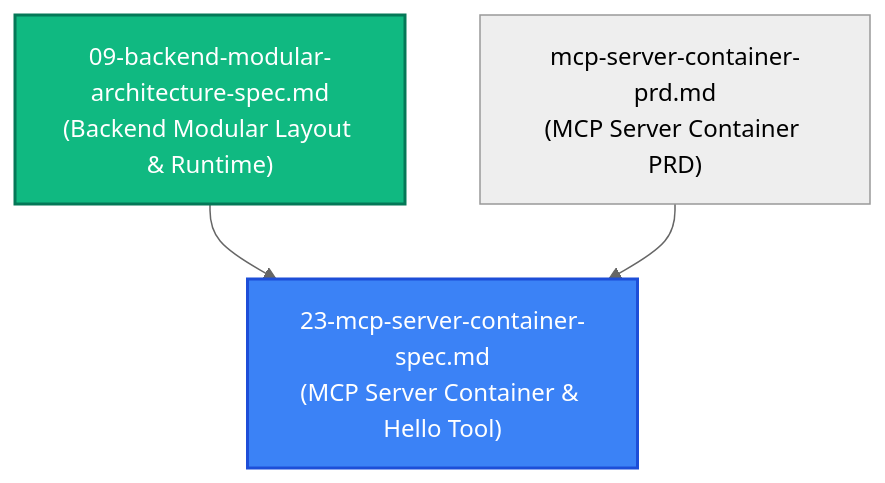
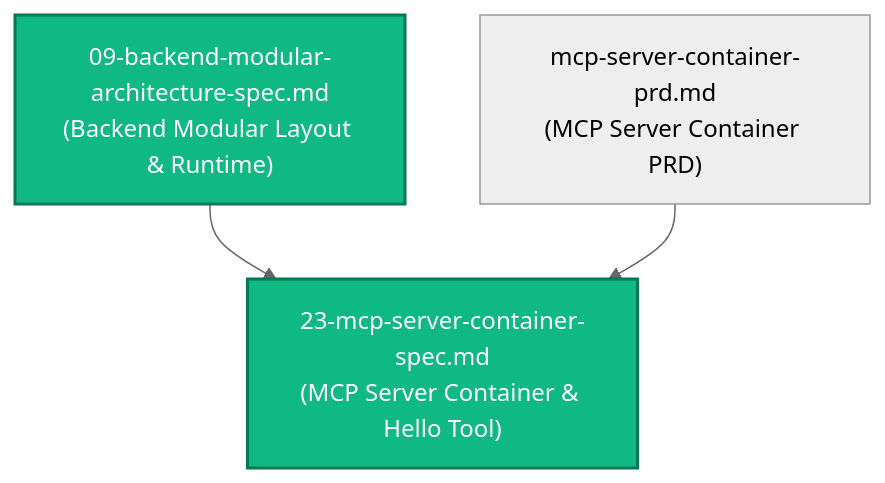
One commit to PolecatWorks/agent-as-data changed the first of 2 diagrams in spec/specs/23-mcp-server-container-spec.md. Above: the diagram before and after it, drawn with Mermaid (neutral theme). The commit also changed other lines of this file and 30 other files, not shown here.

Commit message:
feat(mcp): implement aad-mcp-container, hello tool, helm chart, and gitops

````diff
--- a/spec/specs/23-mcp-server-container-spec.md
+++ b/spec/specs/23-mcp-server-container-spec.md
@@ -21,12 +21,12 @@
 ```mermaid
 flowchart TD
     Spec09["09-backend-modular-architecture-spec.md<br/>(Backend Modular Layout & Runtime)"]:::complete
     PRDMCP["mcp-server-container-prd.md<br/>(MCP Server Container PRD)"]
-    Spec23["23-mcp-server-container-spec.md<br/>(MCP Server Container & Hello Tool)"]:::draft
+    Spec23["23-mcp-server-container-spec.md<br/>(MCP Server Container & Hello Tool)"]:::complete
 
     Spec09 --> Spec23
     PRDMCP --> Spec23
 
     classDef complete fill:#10B981,stroke:#047857,stroke-width:2px,color:#ffffff;
     classDef draft fill:#3B82F6,stroke:#1D4ED8,stroke-width:2px,color:#ffffff;
 ```
````
